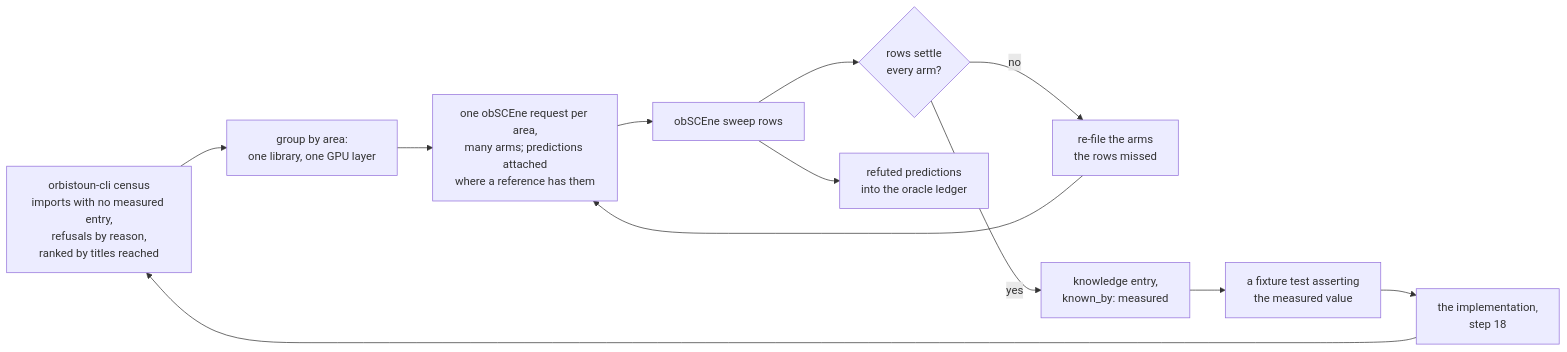
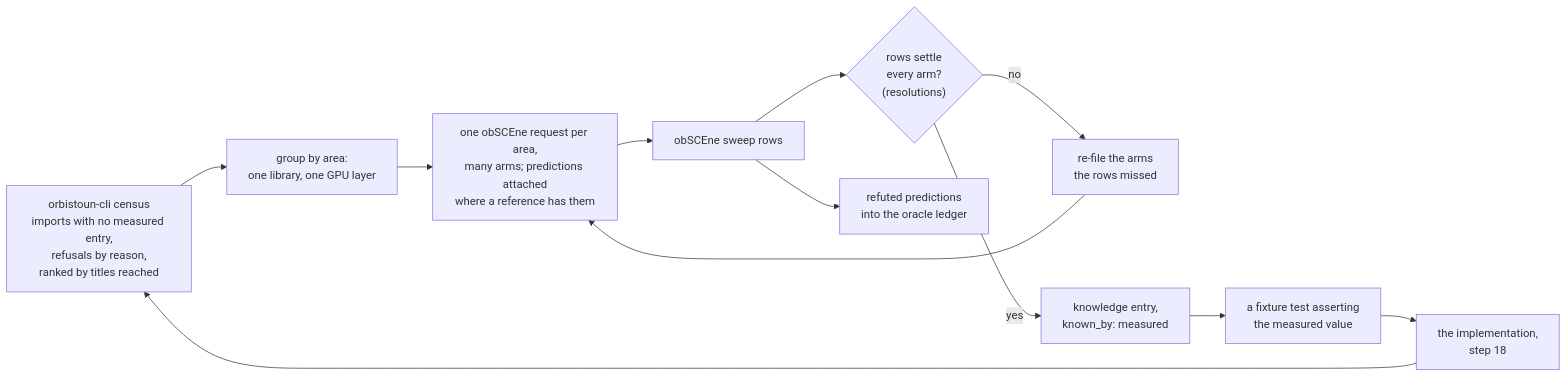
The sixth of 6 diagrams in docs/THE_LOOP.md (project-oops/Orbistoun), drawn with Mermaid before and after one commit. The commit also changed other lines of this file and 8 other files, not shown here.

````diff
--- a/docs/THE_LOOP.md
+++ b/docs/THE_LOOP.md
@@ -419,14 +420,14 @@
 ```mermaid
 flowchart LR
     A["orbistoun-cli census<br/>imports with no measured entry,<br/>refusals by reason,<br/>ranked by titles reached"] --> B["group by area:<br/>one library, one GPU layer"]
     B --> C["one obSCEne request per area,<br/>many arms; predictions attached<br/>where a reference has them"]
     C --> D["obSCEne sweep rows"]
-    D --> E{"rows settle<br/>every arm?"}
+    D --> E{"rows settle<br/>every arm?<br/>(resolutions)"}
     E -- no --> F["re-file the arms<br/>the rows missed"]
     F --> C
     E -- yes --> G["knowledge entry,<br/>known_by: measured"]
     D --> L["refuted predictions<br/>into the oracle ledger"]
     G --> H["a fixture test asserting<br/>the measured value"]
     H --> I["the implementation,<br/>step 18"]
     I --> A
 ```
````
